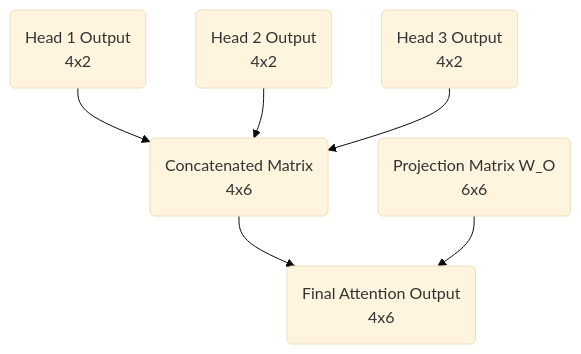
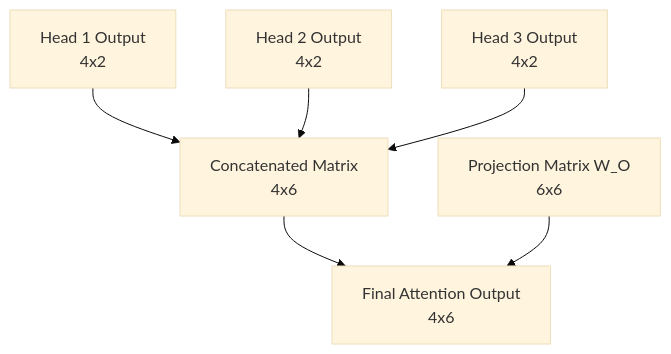
One commit to Lyd1aCla1r3/lyd1acla1r3.github.io changed the diagram in blog/content/series/transformers/chapter_07.md. Above: the diagram before and after it, drawn with Mermaid (base theme). The commit also changed other lines of this file and 114 other files, not shown here.

````diff
--- a/blog/content/series/transformers/chapter_07.md
+++ b/blog/content/series/transformers/chapter_07.md
@@ -65,9 +65,9 @@
 ```mermaid
 graph TD
-    H1("Head 1 Output<br>4x2") --> C
-    H2("Head 2 Output<br>4x2") --> C
-    H3("Head 3 Output<br>4x2") --> C
-    C("Concatenated Matrix<br>4x6") --> M
-    W("Projection Matrix W_O<br>6x6") --> M
-    M("Final Attention Output<br>4x6")
+    H1["Head 1 Output<br>4x2"] --> C
+    H2["Head 2 Output<br>4x2"] --> C
+    H3["Head 3 Output<br>4x2"] --> C
+    C["Concatenated Matrix<br>4x6"] --> M
+    W["Projection Matrix W_O<br>6x6"] --> M
+    M["Final Attention Output<br>4x6"]
 ```
````
